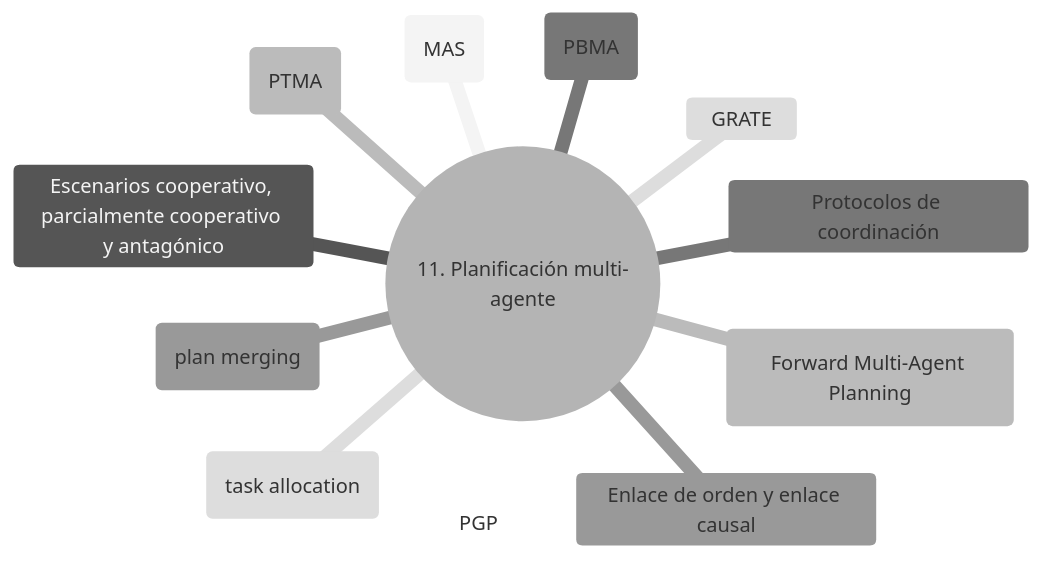
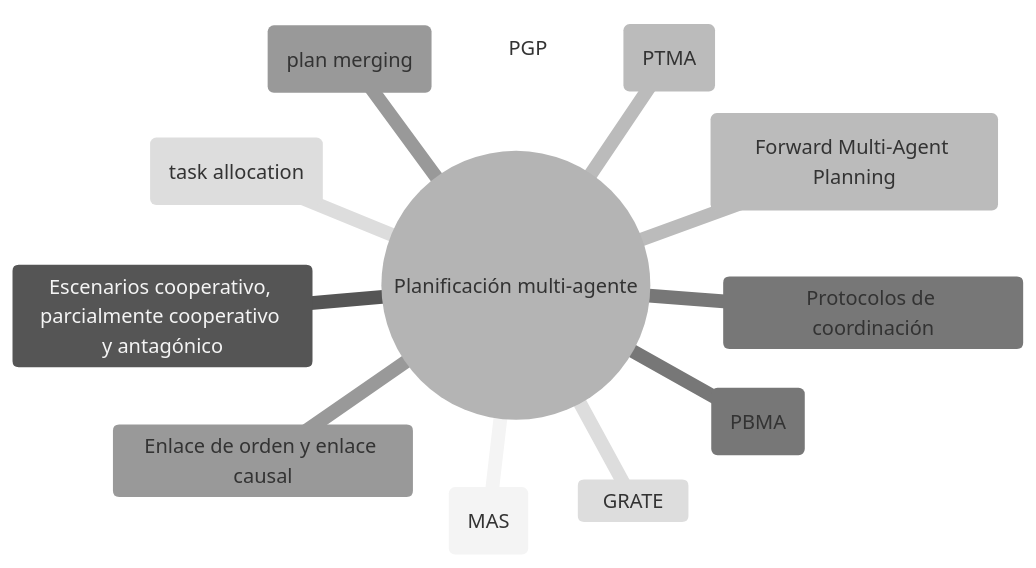
Before and after one commit to rgglez/rgglez-website: diagram 11 of 17 in src/src/data/blog/2026/05/es/glosario-razonamiento-planificacion.mdx, drawn with Mermaid (neutral theme). The commit also changed other lines of this file and 42 other files, not shown here.

````diff
--- a/src/src/data/blog/2026/05/es/glosario-razonamiento-planificacion.mdx
+++ b/src/src/data/blog/2026/05/es/glosario-razonamiento-planificacion.mdx
@@ -1212,15 +1226,15 @@
 ```mermaid
 mindmap
-  root((11. Planificación multi-agente))
+  root(("Planificación multi-agente"))
     Sistema multi-agente (MAS)
     Escenarios cooperativo, parcialmente cooperativo y antagónico
     Planificación PARA múltiples agentes (PTMA)
     Planificación POR múltiples agentes (PBMA)
     Coordinación de planes (plan merging)
     Asignación de tareas (task allocation)
     Partial Global Planning (PGP)
     GRATE
     FMAP (Forward Multi-Agent Planning)
     Enlace de orden y enlace causal
     Protocolos de coordinación
 ```
````
